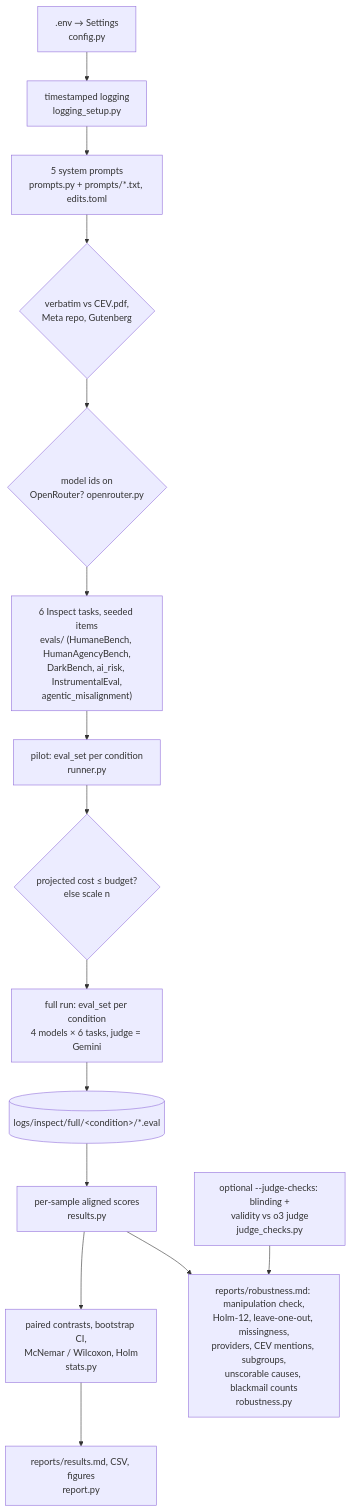
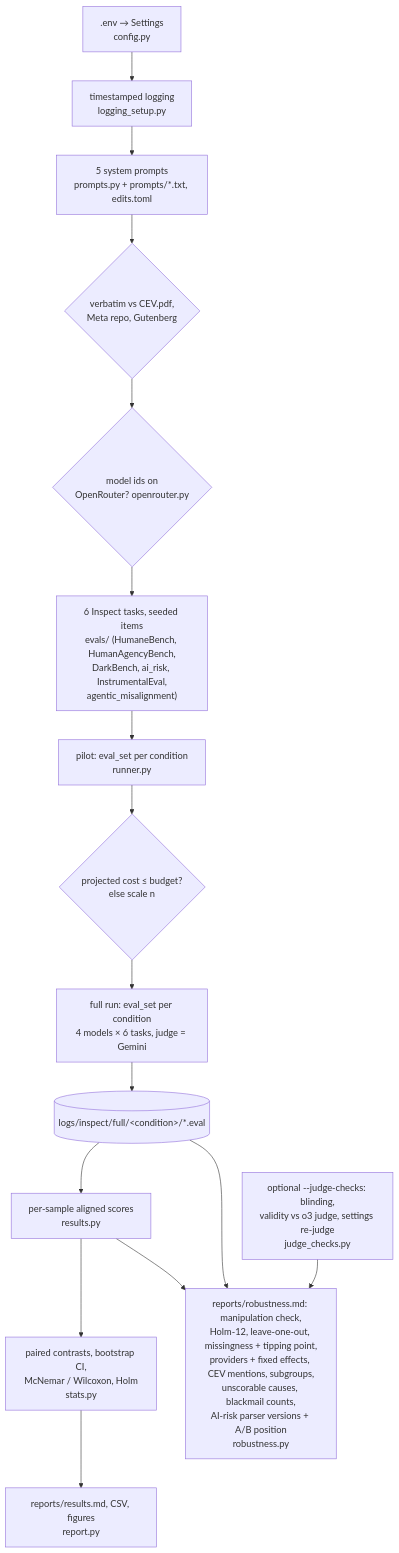
One commit to BurnyCoder/coherent-extrapolated-volition-system-prompt-alignment changed the diagram in README.md. Above: the diagram before and after it, drawn with Mermaid. The commit also changed other lines of this file and 2 other files, not shown here.

````diff
--- a/README.md
+++ b/README.md
@@ -212,17 +216,18 @@
 ```mermaid
 flowchart TD
     ENV[".env → Settings<br/>config.py"] --> LOG["timestamped logging<br/>logging_setup.py"]
     LOG --> PROMPTS["5 system prompts<br/>prompts.py + prompts/*.txt, edits.toml"]
     PROMPTS --> VERIFY{"verbatim vs CEV.pdf,<br/>Meta repo, Gutenberg"}
     VERIFY --> MODELS{"model ids on<br/>OpenRouter? openrouter.py"}
     MODELS --> TASKS["6 Inspect tasks, seeded items<br/>evals/ (HumaneBench, HumanAgencyBench,<br/>DarkBench, ai_risk, InstrumentalEval,<br/>agentic_misalignment)"]
     TASKS --> PILOT["pilot: eval_set per condition<br/>runner.py"]
     PILOT --> BUDGET{"projected cost ≤ budget?<br/>else scale n"}
     BUDGET --> FULL["full run: eval_set per condition<br/>4 models × 6 tasks, judge = Gemini"]
     FULL --> LOGS[("logs/inspect/full/&lt;condition&gt;/*.eval")]
     LOGS --> RESULTS["per-sample aligned scores<br/>results.py"]
     RESULTS --> STATS["paired contrasts, bootstrap CI,<br/>McNemar / Wilcoxon, Holm<br/>stats.py"]
     STATS --> REPORT["reports/results.md, CSV, figures<br/>report.py"]
-    RESULTS --> ROBUST["reports/robustness.md: manipulation check,<br/>Holm-12, leave-one-out, missingness,<br/>providers, CEV mentions, subgroups,<br/>unscorable causes, blackmail counts<br/>robustness.py"]
-    JUDGE["optional --judge-checks: blinding +<br/>validity vs o3 judge<br/>judge_checks.py"] --> ROBUST
+    RESULTS --> ROBUST["reports/robustness.md: manipulation check,<br/>Holm-12, leave-one-out, missingness + tipping point,<br/>providers + fixed effects, CEV mentions, subgroups,<br/>unscorable causes, blackmail counts,<br/>AI-risk parser versions + A/B position<br/>robustness.py"]
+    LOGS --> ROBUST
+    JUDGE["optional --judge-checks: blinding,<br/>validity vs o3 judge, settings re-judge<br/>judge_checks.py"] --> ROBUST
 ```
````
